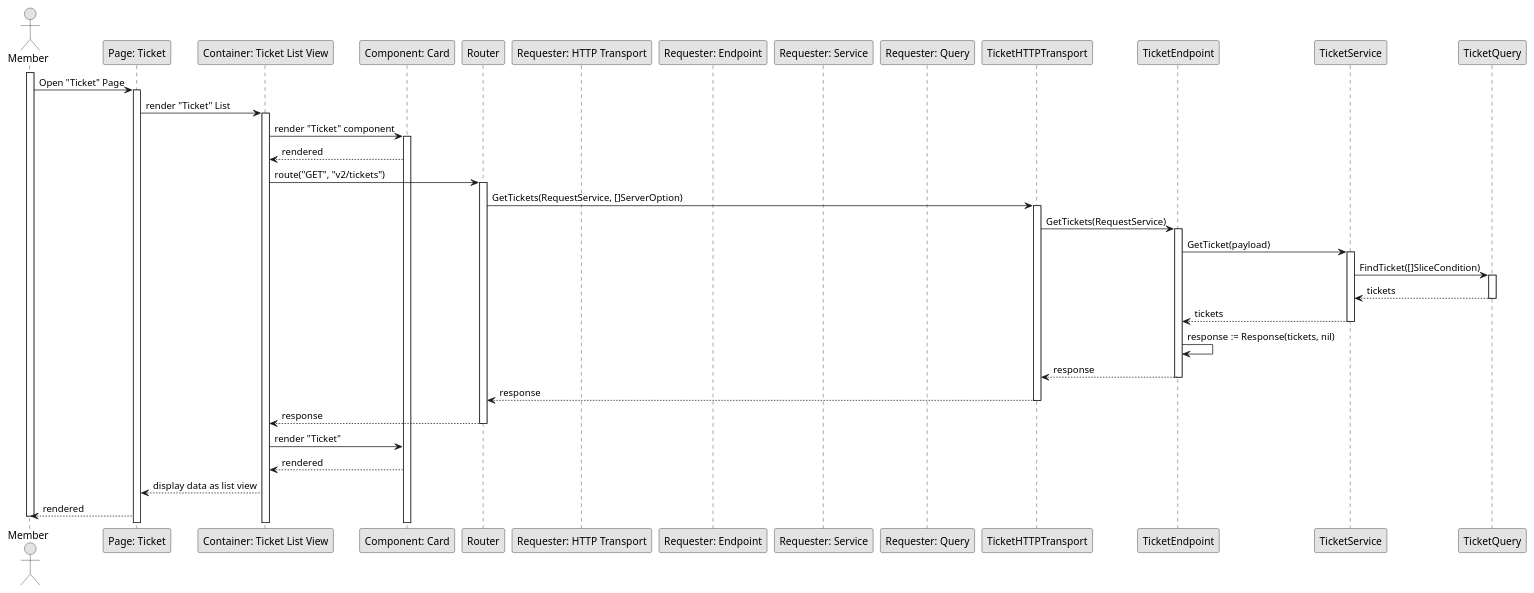
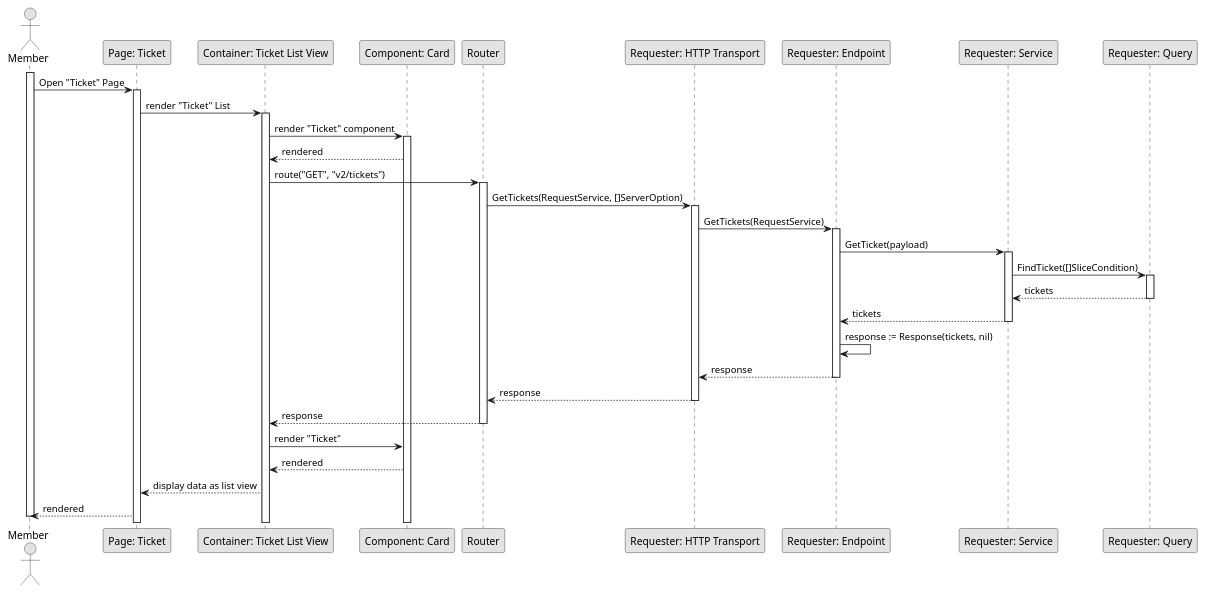
One commit to fwidjaya20/fazzlearning-uml changed the diagram in Sequence/Release03/GetRequested.wsd. Above: the diagram before and after it, drawn with PlantUML.

Commit message:
sequence: rename participant name

```diff
--- a/Sequence/Release03/GetRequested.wsd
+++ b/Sequence/Release03/GetRequested.wsd
@@ -1,53 +1,53 @@
 @startuml GetRequested
 
 skinparam Monochrome true
 skinparam Shadowing false
 
 actor Member
 participant "Page: Ticket" as TicketPage
 participant "Container: Ticket List View" as TicketListViewContainer
 participant "Component: Card" as Ticket
 participant "Router" as Router
 participant "Requester: HTTP Transport" as RequestHTTPTransport
 participant "Requester: Endpoint" as RequestEndpoint
 participant "Requester: Service" as RequestService
 participant "Requester: Query" as RequestQuery
 
 activate Member
 
 Member->TicketPage: Open "Ticket" Page
 activate TicketPage
 TicketPage->TicketListViewContainer: render "Ticket" List
 activate TicketListViewContainer
 TicketListViewContainer->Ticket: render "Ticket" component
 activate Ticket
 Ticket-->TicketListViewContainer: rendered
 TicketListViewContainer->Router: route("GET", "v2/tickets")
 activate Router
-Router->TicketHTTPTransport: GetTickets(RequestService, []ServerOption)
-activate TicketHTTPTransport
-TicketHTTPTransport->TicketEndpoint: GetTickets(RequestService)
-activate TicketEndpoint
-TicketEndpoint->TicketService: GetTicket(payload)
-activate TicketService
-TicketService->TicketQuery: FindTicket([]SliceCondition)
-activate TicketQuery
-TicketQuery-->TicketService: tickets
-deactivate TicketQuery
-TicketService-->TicketEndpoint: tickets
-deactivate TicketService
-TicketEndpoint->TicketEndpoint: response := Response(tickets, nil)
-TicketEndpoint-->TicketHTTPTransport: response
-deactivate TicketEndpoint
-TicketHTTPTransport-->Router: response
-deactivate TicketHTTPTransport
+Router->RequestHTTPTransport: GetTickets(RequestService, []ServerOption)
+activate RequestHTTPTransport
+RequestHTTPTransport->RequestEndpoint: GetTickets(RequestService)
+activate RequestEndpoint
+RequestEndpoint->RequestService: GetTicket(payload)
+activate RequestService
+RequestService->RequestQuery: FindTicket([]SliceCondition)
+activate RequestQuery
+RequestQuery-->RequestService: tickets
+deactivate RequestQuery
+RequestService-->RequestEndpoint: tickets
+deactivate RequestService
+RequestEndpoint->RequestEndpoint: response := Response(tickets, nil)
+RequestEndpoint-->RequestHTTPTransport: response
+deactivate RequestEndpoint
+RequestHTTPTransport-->Router: response
+deactivate RequestHTTPTransport
 Router-->TicketListViewContainer: response
 deactivate Router
 TicketListViewContainer->Ticket: render "Ticket"
 Ticket-->TicketListViewContainer: rendered
 TicketListViewContainer-->TicketPage: display data as list view
 TicketPage-->Member: rendered
 
 deactivate Member
 
 @enduml
```
